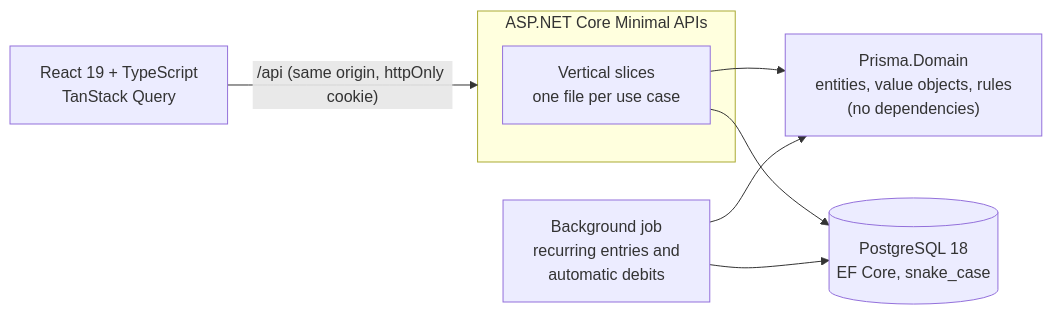
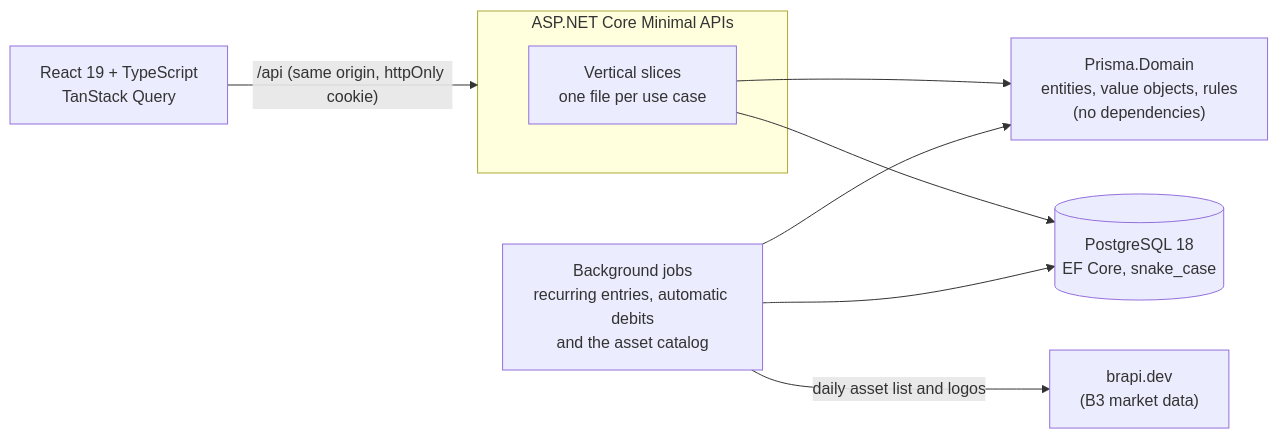
The third of 4 diagrams in README.md (vagnerwentz/prisma), drawn with Mermaid before and after one commit. The commit also changed other lines of this file and 4 other files, not shown here.

````diff
--- a/README.md
+++ b/README.md
@@ -110,11 +120,12 @@
 ```mermaid
 flowchart LR
     Web["React 19 + TypeScript<br/>TanStack Query"] -->|"/api (same origin, httpOnly cookie)"| Api
     subgraph Api["ASP.NET Core Minimal APIs"]
         Slices["Vertical slices<br/>one file per use case"]
     end
     Slices --> Domain["Prisma.Domain<br/>entities, value objects, rules<br/>(no dependencies)"]
     Slices --> Db[("PostgreSQL 18<br/>EF Core, snake_case")]
-    Job["Background job<br/>recurring entries and<br/>automatic debits"] --> Domain
+    Job["Background jobs<br/>recurring entries, automatic debits<br/>and the asset catalog"] --> Domain
     Job --> Db
+    Job -->|"daily asset list and logos"| Brapi["brapi.dev<br/>(B3 market data)"]
 ```
````
